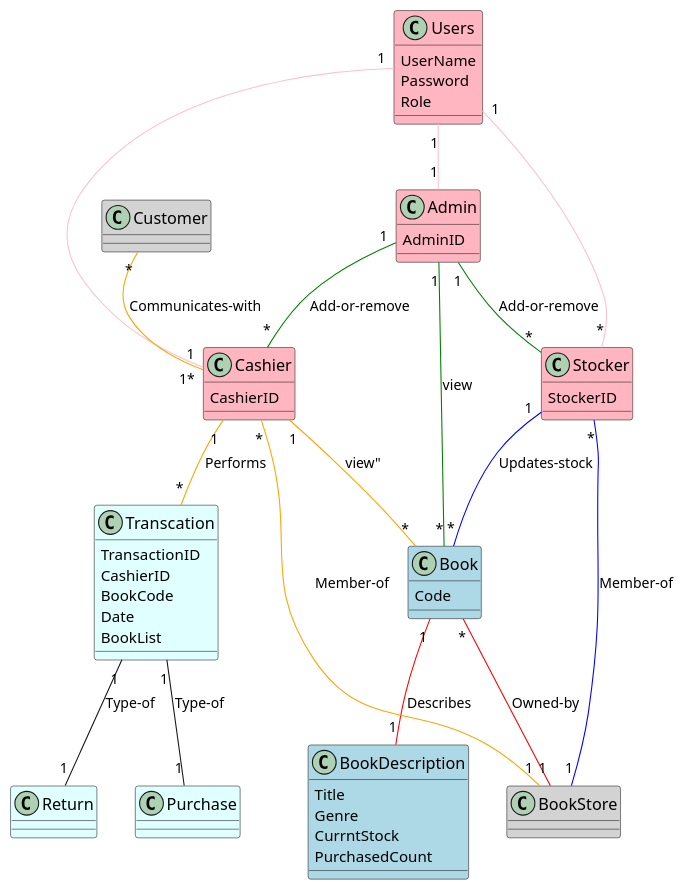
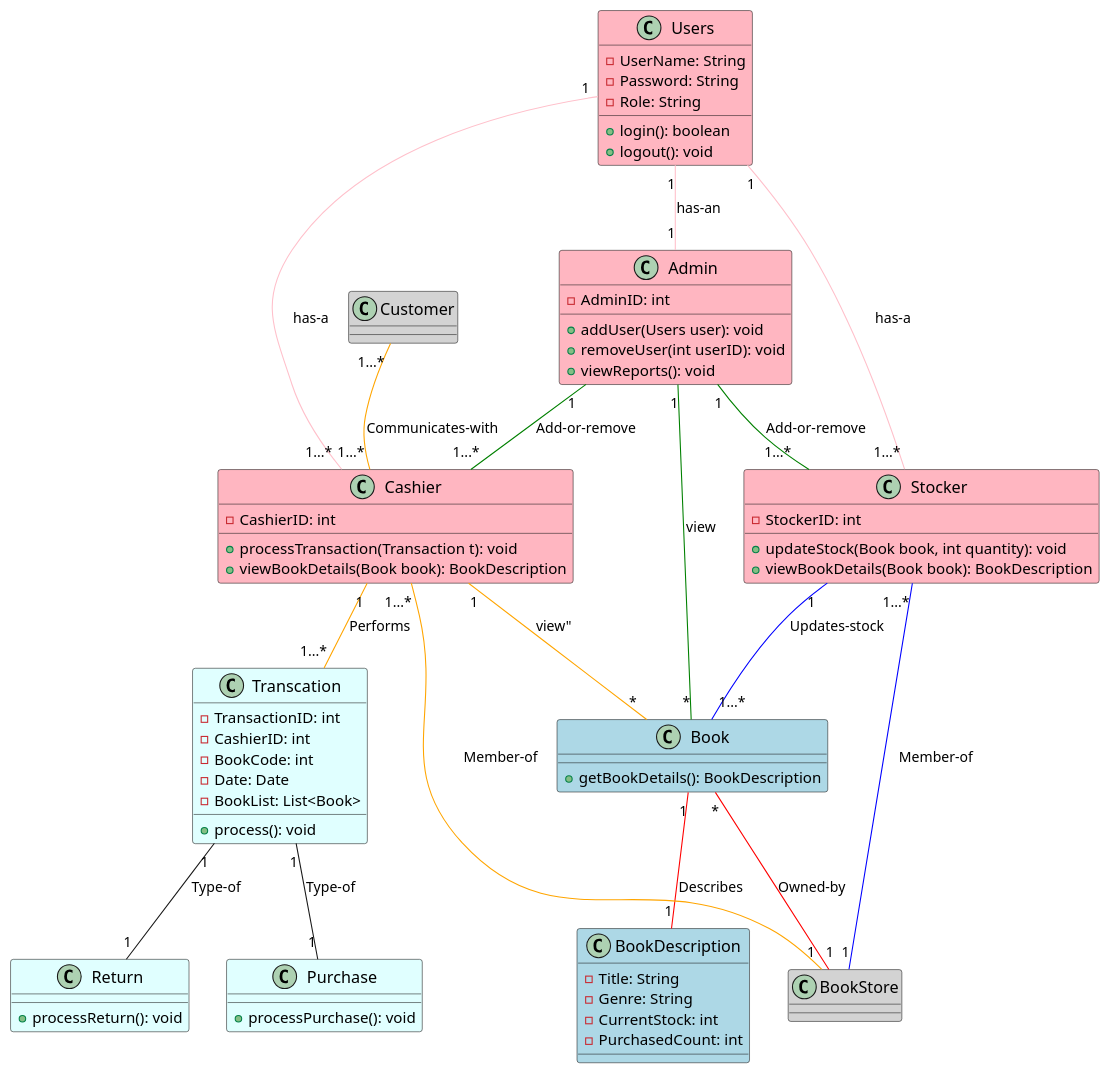
The diagram in class_diagrams/class_diagram.puml (HabibaMekay/Bookstore-Management-System), drawn with PlantUML before and after one commit. The commit also changed 7 other files, not shown here.

```diff
--- a/class_diagrams/class_diagram.puml
+++ b/class_diagrams/class_diagram.puml
@@ -1,85 +1,93 @@
 @startuml
 
 class BookStore #LightGray{
-
 }
 
 class Users #LightPink{
-UserName
-Password
-Role
+-UserName: String
+-Password: String
+-Role: String
 
-
++login(): boolean
++logout(): void
 }
 
 class Cashier #LightPink{
-CashierID
-
+-CashierID: int
++processTransaction(Transaction t): void
++viewBookDetails(Book book): BookDescription
 }
 
 class Stocker #LightPink{
-StockerID
+-StockerID: int
++updateStock(Book book, int quantity): void
++viewBookDetails(Book book): BookDescription
 }
 
 class Admin #LightPink{
-AdminID
+-AdminID: int
++addUser(Users user): void
++removeUser(int userID): void
++viewReports(): void
 }
 
 class Book #LightBlue  {
-Code
++getBookDetails(): BookDescription
 }
 
 class BookDescription #LightBlue   {
-Title
-Genre
-CurrntStock
-PurchasedCount
+-Title: String
+-Genre: String
+-CurrentStock: int
+-PurchasedCount: int
 }
 
 class Transcation #LightCyan{
-TransactionID
-CashierID
-BookCode
-Date
-BookList
+-TransactionID: int
+-CashierID: int
+-BookCode: int
+-Date: Date
+-BookList: List<Book>
++process(): void
 }
 
 class Purchase #LightCyan{
+ +processPurchase(): void
 }
 
 class Return #LightCyan{
++processReturn(): void
 }
 class Customer #LightGray{
-
 }
 
 
 
-Users "1" -- "1" Cashier #pink
-Users "1" -- "*" Stocker #pink
-Users "1" -- "1" Admin  #pink
+Users "1" -- "1...*" Cashier #pink:"has-a"
+Users "1" -- "1...*" Stocker #pink:"has-a"
+Users "1" -- "1" Admin  #pink:"has-an"
 
-Stocker "1" -- "*" Book #blue:"Updates-stock"
-Admin "1" -- "*" Cashier #green : "Add-or-remove"
-Admin "1" -- "*" Stocker #green: "Add-or-remove"
-Cashier "1" -- "*" Transcation #orange: "Performs"
+Stocker "1" -- "1...*" Book #blue:"Updates-stock"
+Admin "1" -- "1...*" Cashier #green : "Add-or-remove"
+Admin "1" -- "1...*" Stocker #green: "Add-or-remove"
+Cashier "1" -- "1...*" Transcation #orange: "Performs"
 Admin "1" -- "*" Book #green: "view"
 Cashier"1" -- "*" Book #orange: "view""
 Book "1" -- "1" BookDescription #red: "Describes"
-Cashier"*" -- "1" BookStore #orange: "Member-of"
-Stocker"*" -- "1" BookStore #blue : "Member-of"
-Customer"*" -- "1*" Cashier #orange: "Communicates-with "
+Cashier"1...*" -- "1" BookStore #orange: "Member-of"
+Stocker"1...*" -- "1" BookStore #blue : "Member-of"
+Customer"1...*" -- "1...*" Cashier #orange: "Communicates-with "
 Book"*" -- "1" BookStore#red: "Owned-by"
 Transcation"1" -- "1" Purchase : "Type-of"
 Transcation"1" -- "1" Return : "Type-of"
 
 
 skinparam class {
 FontName Times New Roman
 FontSize 15
  }
 
 
 
 
 @enduml
```
